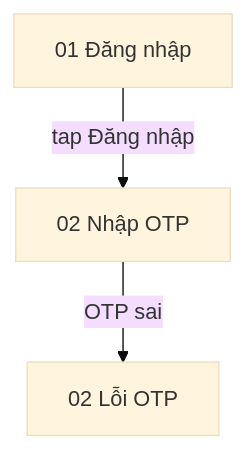
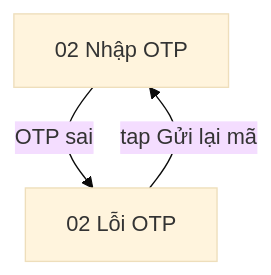
The second of 2 diagrams in toolkits/BAKit/skills/ba-templates/templates/figma-design-analysis.md (impeterwayne/BAS_Business_Analysis_Space), drawn with Mermaid (base theme) before and after one commit. The commit also changed other lines of this file and 17 other files, not shown here.

Commit message:
feat(bakit): embed exported Figma image previews and enforce simple split diagrams

````diff
--- a/toolkits/BAKit/skills/ba-templates/templates/figma-design-analysis.md
+++ b/toolkits/BAKit/skills/ba-templates/templates/figma-design-analysis.md
@@ -38,5 +51,5 @@
 ```mermaid
 flowchart TD
-    S01[01 Đăng nhập] -->|tap Đăng nhập| S02[02 Nhập OTP]
-    S02 -->|OTP sai| S02E[02 Lỗi OTP]
+    S02[02 Nhập OTP] -->|OTP sai| S02E[02 Lỗi OTP]
+    S02E -->|tap Gửi lại mã| S02
 ```
````
